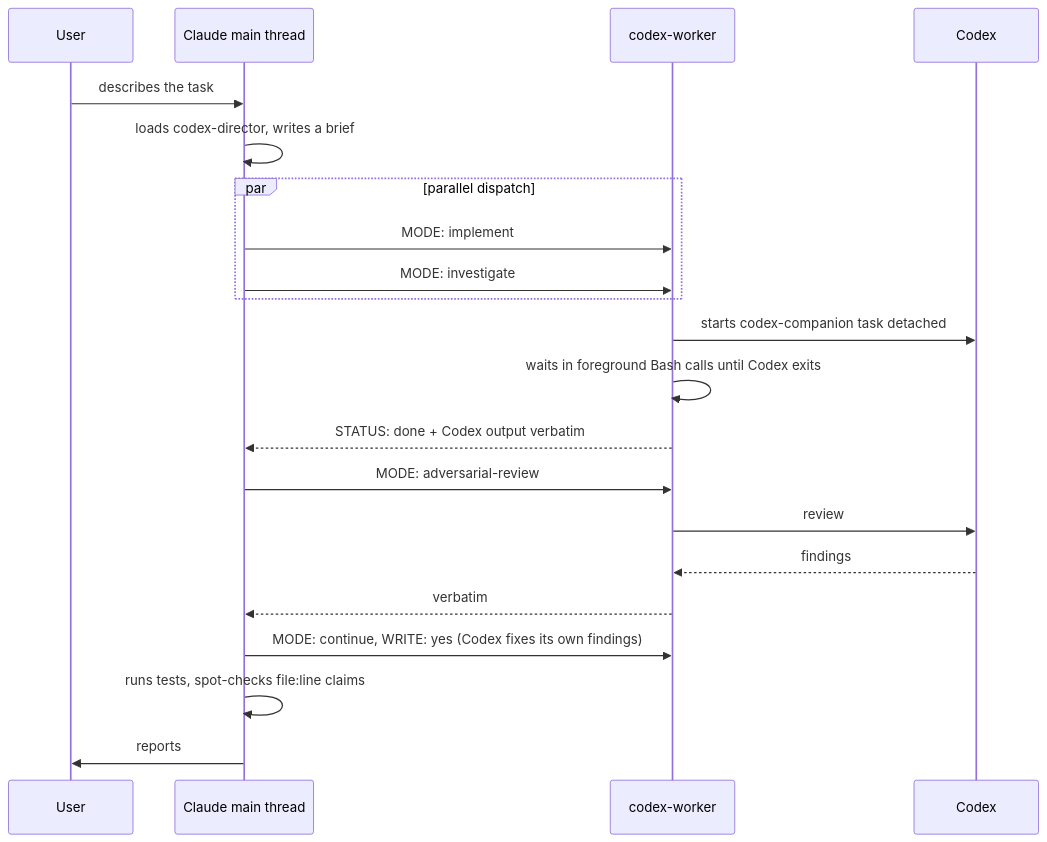
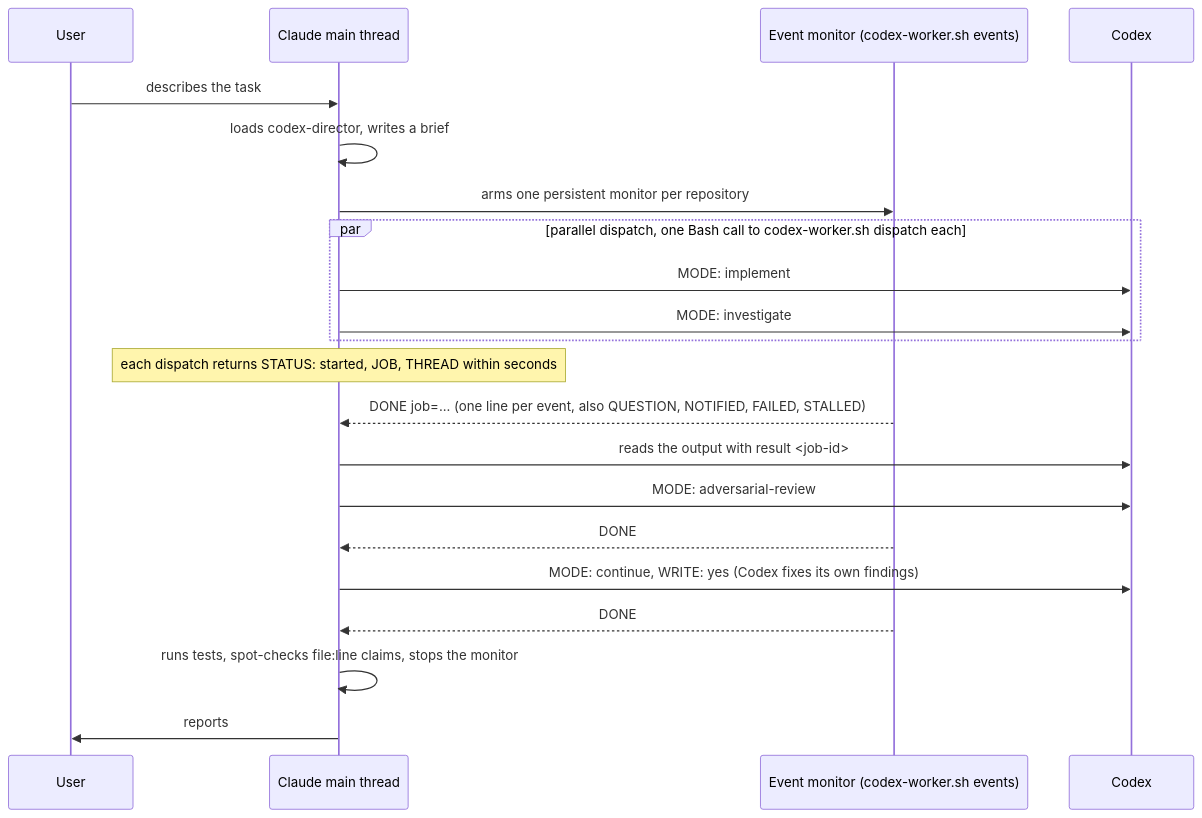
The diagram in README.md (y-cruce/codex-director), drawn with Mermaid before and after one commit. The commit also changed other lines of this file and 5 other files, not shown here.

Commit message:
Worker: add dispatch so the director starts jobs directly; codex-worker agent becomes the fallback without the event monitor

````diff
--- a/README.md
+++ b/README.md
@@ -22,24 +22,24 @@
 ```mermaid
 sequenceDiagram
     participant U as User
     participant C as Claude main thread
-    participant W as codex-worker
+    participant M as Event monitor (codex-worker.sh events)
     participant X as Codex
 
     U->>C: describes the task
     C->>C: loads codex-director, writes a brief
-    par parallel dispatch
-        C->>W: MODE: implement
-        C->>W: MODE: investigate
+    C->>M: arms one persistent monitor per repository
+    par parallel dispatch, one Bash call to codex-worker.sh dispatch each
+        C->>X: MODE: implement
+        C->>X: MODE: investigate
     end
-    W->>X: starts codex-companion task detached
-    W->>W: waits in foreground Bash calls until Codex exits
-    W-->>C: STATUS: done + Codex output verbatim
-    C->>W: MODE: adversarial-review
-    W->>X: review
-    X-->>W: findings
-    W-->>C: verbatim
-    C->>W: MODE: continue, WRITE: yes (Codex fixes its own findings)
-    C->>C: runs tests, spot-checks file:line claims
+    Note over C: each dispatch returns STATUS: started, JOB, THREAD within seconds
+    M-->>C: DONE job=... (one line per event, also QUESTION, NOTIFIED, FAILED, STALLED)
+    C->>X: reads the output with result <job-id>
+    C->>X: MODE: adversarial-review
+    M-->>C: DONE
+    C->>X: MODE: continue, WRITE: yes (Codex fixes its own findings)
+    M-->>C: DONE
+    C->>C: runs tests, spot-checks file:line claims, stops the monitor
     C->>U: reports
 ```
````
